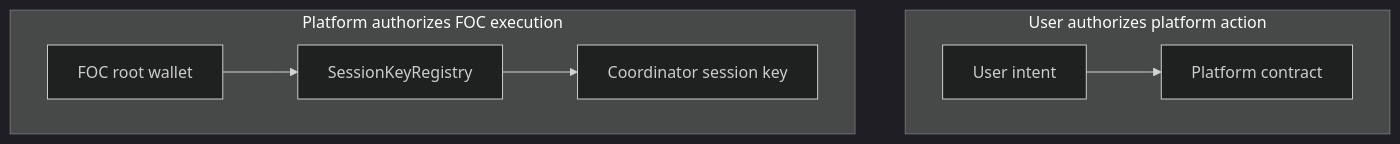
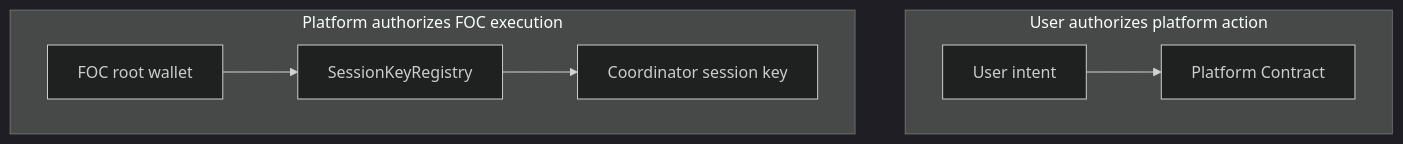
One commit to FIL-Builders/foc-platform changed the eighth of 20 diagrams in spec.md. Above: the diagram before and after it, drawn with Mermaid (dark theme). The commit also changed other lines of this file, not shown here.

Commit message:
Polish platform stack specification

````diff
--- a/spec.md
+++ b/spec.md
@@ -894,10 +900,10 @@
 ```mermaid
 flowchart TD
   subgraph userAuth["User authorizes platform action"]
-    intent["User intent"] --> platformContract["Platform contract"]
+    intent["User intent"] --> platformContract["Platform Contract"]
   end
 
   subgraph platformAuth["Platform authorizes FOC execution"]
     root["FOC root wallet"] --> registry["SessionKeyRegistry"] --> coordinatorKey["Coordinator session key"]
   end
 ```
````
